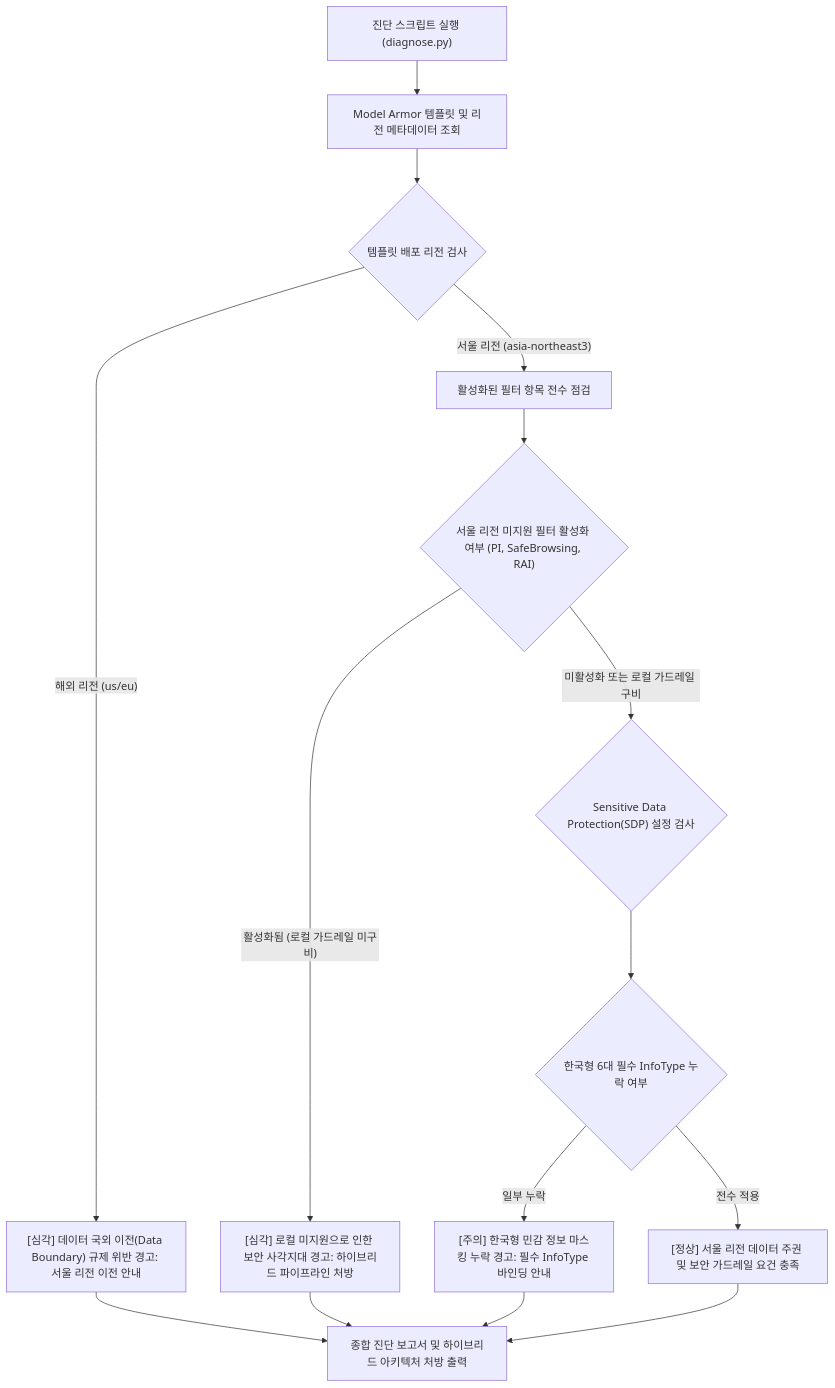
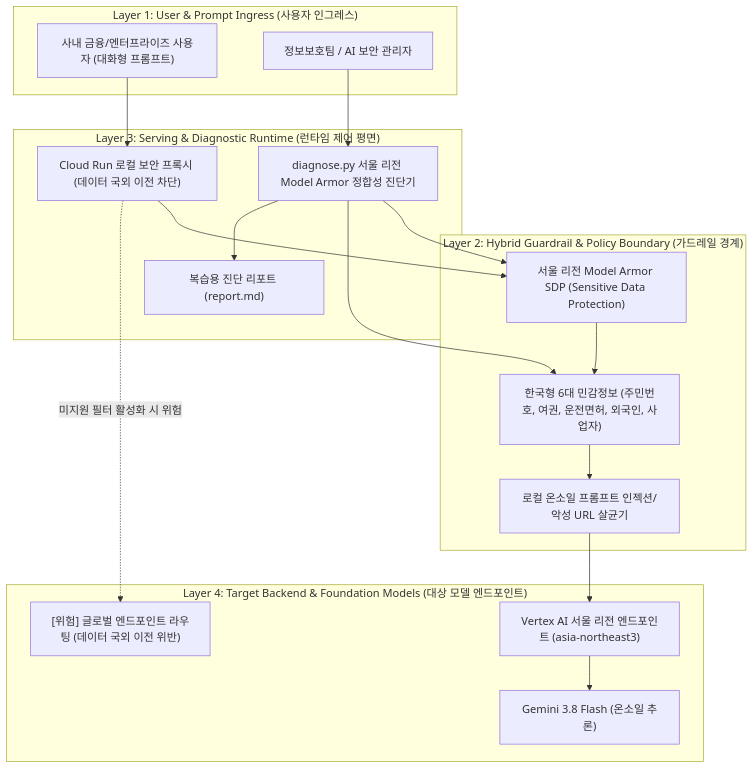
The diagram in samples/korea-model-armor-guard/README.md (jiangjun-forge/google-cloud-0-to-1), drawn with Mermaid before and after one commit. The commit also changed other lines of this file and 94 other files, not shown here.

Commit message:
Standardize architecture specifications

````diff
--- a/samples/korea-model-armor-guard/README.md
+++ b/samples/korea-model-armor-guard/README.md
@@ -75,21 +75,37 @@
 ```mermaid
 flowchart TD
-    Start["진단 스크립트 실행 (diagnose.py)"] --> FetchTemplate["Model Armor 템플릿 및 리전 메타데이터 조회"]
-    FetchTemplate --> CheckLocation{"템플릿 배포 리전 검사"}
-    
-    CheckLocation -->|"해외 리전 (us/eu)"| CriticalResidency["[심각] 데이터 국외 이전(Data Boundary) 규제 위반 경고: 서울 리전 이전 안내"]
-    CheckLocation -->|"서울 리전 (asia-northeast3)"| CheckFilters["활성화된 필터 항목 전수 점검"]
-    
-    CheckFilters --> CheckUnsupported{"서울 리전 미지원 필터 활성화 여부 (PI, SafeBrowsing, RAI)"}
-    CheckUnsupported -->|"활성화됨 (로컬 가드레일 미구비)"| CriticalGap["[심각] 로컬 미지원으로 인한 보안 사각지대 경고: 하이브리드 파이프라인 처방"]
-    CheckUnsupported -->|"미활성화 또는 로컬 가드레일 구비"| CheckSDP{"Sensitive Data Protection(SDP) 설정 검사"}
-    
-    CheckSDP --> CheckKoreaInfoTypes{"한국형 6대 필수 InfoType 누락 여부"}
-    CheckKoreaInfoTypes -->|"일부 누락"| WarnInfoTypes["[주의] 한국형 민감 정보 마스킹 누락 경고: 필수 InfoType 바인딩 안내"]
-    CheckKoreaInfoTypes -->|"전수 적용"| HealthyPass["[정상] 서울 리전 데이터 주권 및 보안 가드레일 요건 충족"]
-    
-    CriticalResidency --> GenerateReport["종합 진단 보고서 및 하이브리드 아키텍처 처방 출력"]
-    CriticalGap --> GenerateReport
-    WarnInfoTypes --> GenerateReport
-    HealthyPass --> GenerateReport
+    subgraph Layer1["Layer 1: User & Prompt Ingress (사용자 인그레스)"]
+        EndUser["사내 금융/엔터프라이즈 사용자 (대화형 프롬프트)"]
+        SecOps["정보보호팀 / AI 보안 관리자"]
+    end
+
+    subgraph Layer2["Layer 2: Hybrid Guardrail & Policy Boundary (가드레일 경계)"]
+        SDP_Template["서울 리전 Model Armor SDP (Sensitive Data Protection)"]
+        KoreaInfoTypes["한국형 6대 민감정보 (주민번호, 여권, 운전면허, 외국인, 사업자)"]
+        OnSoilSanitizer["로컬 온소일 프롬프트 인젝션/악성 URL 살균기"]
+    end
+
+    subgraph Layer3["Layer 3: Serving & Diagnostic Runtime (런타임 제어 평면)"]
+        LocalProxy["Cloud Run 로컬 보안 프록시 (데이터 국외 이전 차단)"]
+        GuardCLI["diagnose.py 서울 리전 Model Armor 정합성 진단기"]
+        ReportOutput["복습용 진단 리포트 (report.md)"]
+    end
+
+    subgraph Layer4["Layer 4: Target Backend & Foundation Models (대상 모델 엔드포인트)"]
+        VertexAI_Seoul["Vertex AI 서울 리전 엔드포인트 (asia-northeast3)"]
+        GeminiFlash["Gemini 3.8 Flash (온소일 추론)"]
+        ForeignLeak["[위험] 글로벌 엔드포인트 라우팅 (데이터 국외 이전 위반)"]
+    end
+
+    EndUser --> LocalProxy
+    LocalProxy --> SDP_Template
+    SDP_Template --> KoreaInfoTypes
+    KoreaInfoTypes --> OnSoilSanitizer
+    OnSoilSanitizer --> VertexAI_Seoul
+    VertexAI_Seoul --> GeminiFlash
+    LocalProxy -.->|"미지원 필터 활성화 시 위험"| ForeignLeak
+    SecOps --> GuardCLI
+    GuardCLI --> SDP_Template
+    GuardCLI --> KoreaInfoTypes
+    GuardCLI --> ReportOutput
 ```
````
